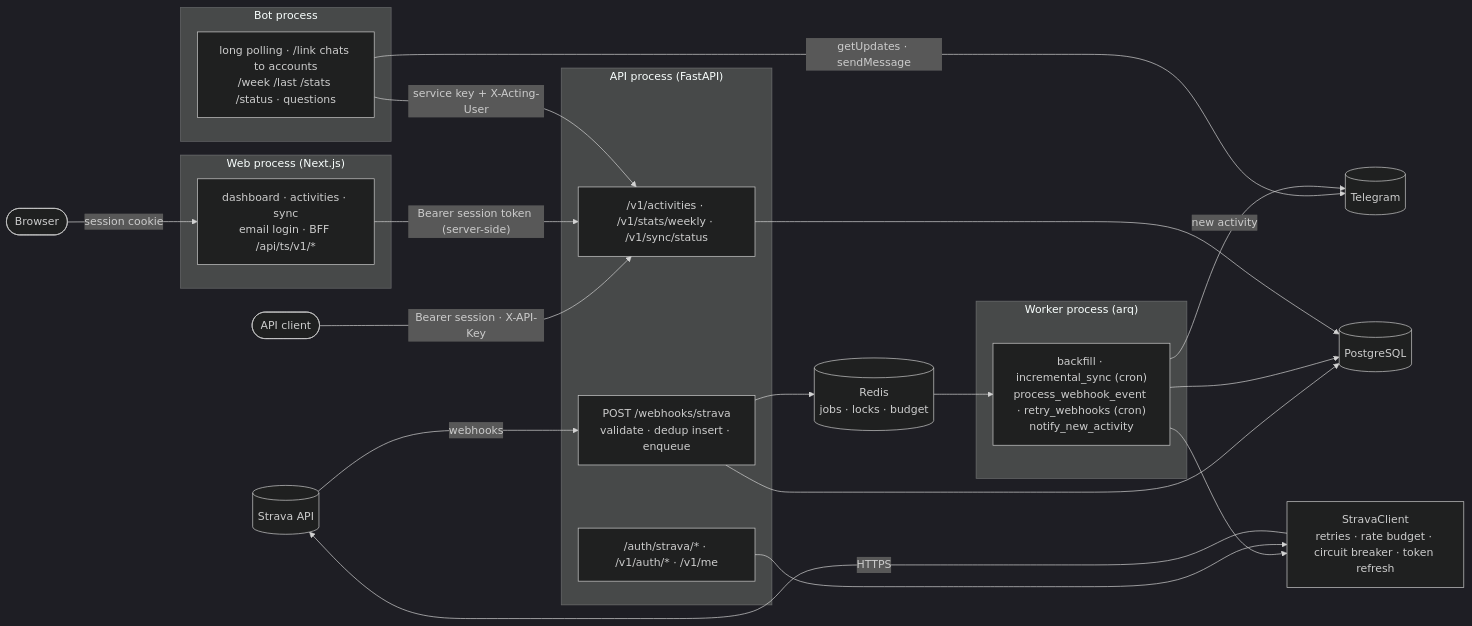
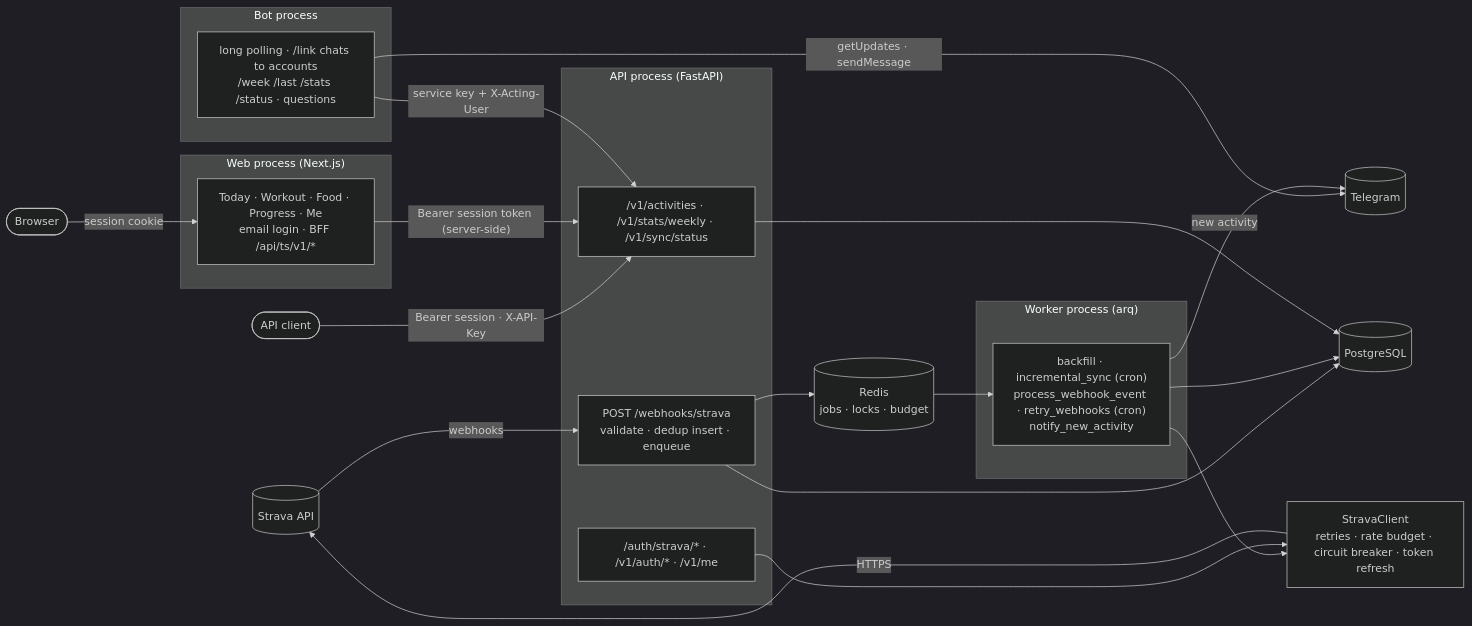
One commit to umutaydins/trainsync changed the diagram in README.md. Above: the diagram before and after it, drawn with Mermaid (dark theme). The commit also changed other lines of this file and 6 other files, not shown here.

Commit message:
P8.17 docs: README front page (screenshots, web app, env, tests), architecture and diagrams for the web, Vercel env, operations, phase 8 tasks 12-17, layout

````diff
--- a/README.md
+++ b/README.md
@@ -56,39 +79,39 @@
 ```mermaid
 flowchart LR
     strava[("Strava API")]
     you(["API client"])
     browser(["Browser"])
     tg[("Telegram")]
     subgraph web["Web process (Next.js)"]
-        pages["dashboard · activities · sync<br/>email login · BFF /api/ts/v1/*"]
+        pages["Today · Workout · Food · Progress · Me<br/>email login · BFF /api/ts/v1/*"]
     end
     subgraph bot["Bot process"]
         cmds["long polling · /link chats to accounts<br/>/week /last /stats /status · questions"]
     end
     subgraph api["API process (FastAPI)"]
         hooks["POST /webhooks/strava<br/>validate · dedup insert · enqueue"]
         read["/v1/activities · /v1/stats/weekly · /v1/sync/status"]
         auth["/auth/strava/* · /v1/auth/* · /v1/me"]
     end
     subgraph worker["Worker process (arq)"]
         jobs["backfill · incremental_sync (cron)<br/>process_webhook_event · retry_webhooks (cron)<br/>notify_new_activity"]
     end
     client["StravaClient<br/>retries · rate budget · circuit breaker · token refresh"]
     pg[("PostgreSQL")]
     redis[("Redis<br/>jobs · locks · budget")]
     strava -- "webhooks" --> hooks
     hooks --> pg
     hooks --> redis
     redis --> jobs
     jobs --> client
     auth --> client
     client -- "HTTPS" --> strava
     jobs --> pg
     you -- "Bearer session · X-API-Key" --> read
     read --> pg
     browser -- "session cookie" --> pages
     pages -- "Bearer session token (server-side)" --> read
     cmds -- "getUpdates · sendMessage" --> tg
     cmds -- "service key + X-Acting-User" --> read
     jobs -- "new activity" --> tg
 ```
````
